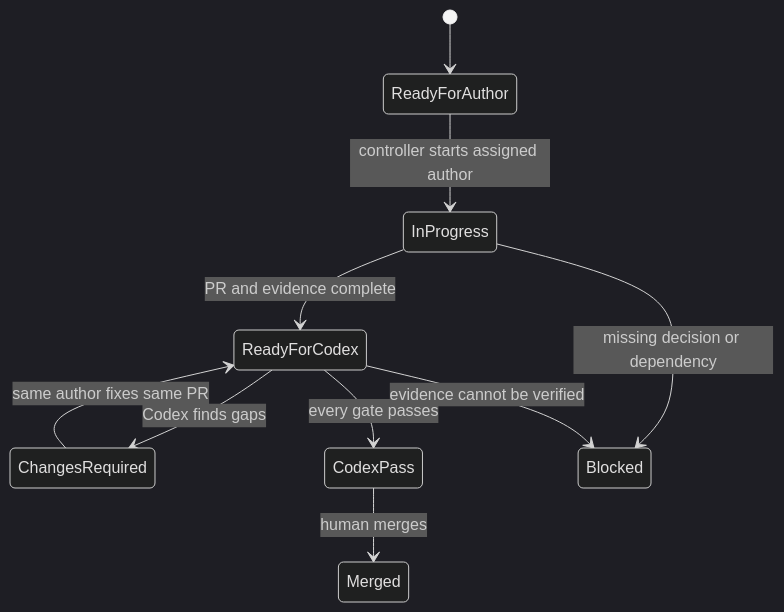
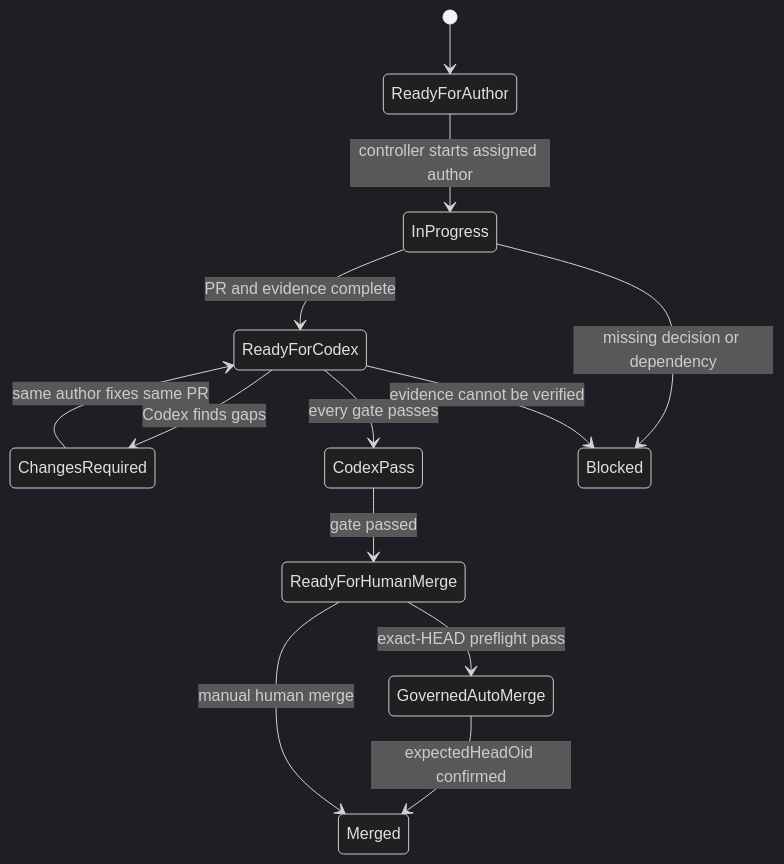
One commit to vinh05092001/shipde-platform changed the diagram in docs/product-spec/docs/10-ai-collaboration/SEMI-MANUAL-AI-WORKFLOW.md. Above: the diagram before and after it, drawn with Mermaid (dark theme). The commit also changed other lines of this file and 6 other files, not shown here.

Commit message:
feat(ai): implement TASK-AI-13 governed exact-HEAD auto-merge

````diff
--- a/docs/product-spec/docs/10-ai-collaboration/SEMI-MANUAL-AI-WORKFLOW.md
+++ b/docs/product-spec/docs/10-ai-collaboration/SEMI-MANUAL-AI-WORKFLOW.md
@@ -22,12 +22,15 @@
 ```mermaid
 stateDiagram-v2
     [*] --> ReadyForAuthor
     ReadyForAuthor --> InProgress: controller starts assigned author
     InProgress --> ReadyForCodex: PR and evidence complete
     ReadyForCodex --> ChangesRequired: Codex finds gaps
     ChangesRequired --> ReadyForCodex: same author fixes same PR
     ReadyForCodex --> CodexPass: every gate passes
-    CodexPass --> Merged: human merges
+    CodexPass --> ReadyForHumanMerge: gate passed
+    ReadyForHumanMerge --> GovernedAutoMerge: exact-HEAD preflight pass
+    GovernedAutoMerge --> Merged: expectedHeadOid confirmed
+    ReadyForHumanMerge --> Merged: manual human merge
     InProgress --> Blocked: missing decision or dependency
     ReadyForCodex --> Blocked: evidence cannot be verified
 ```
````
